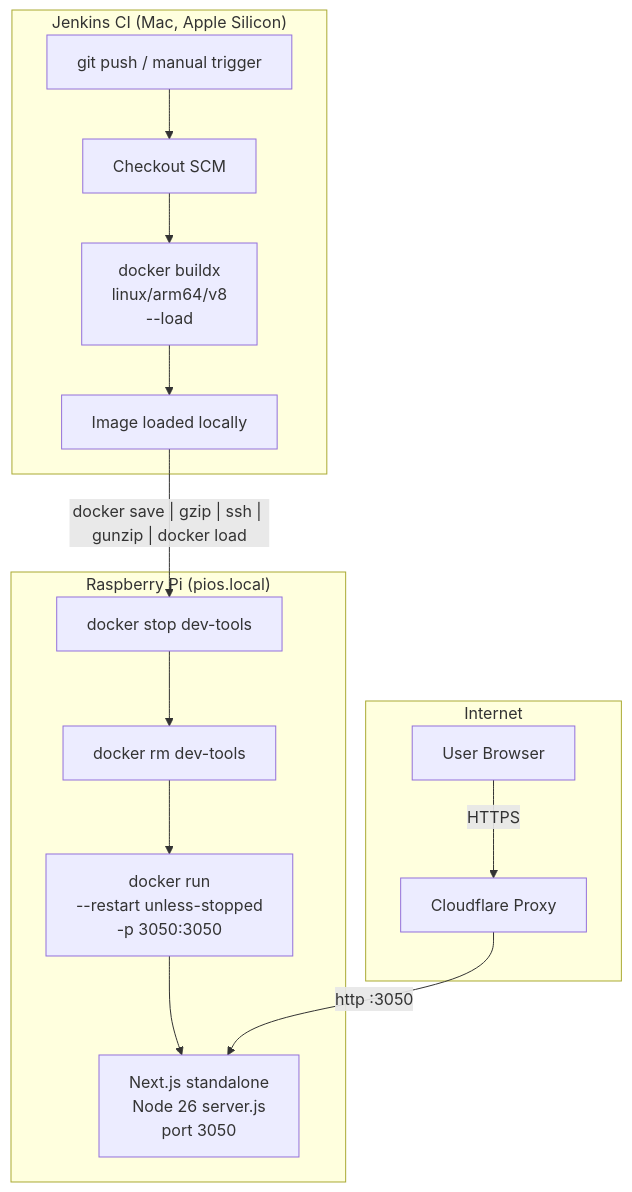
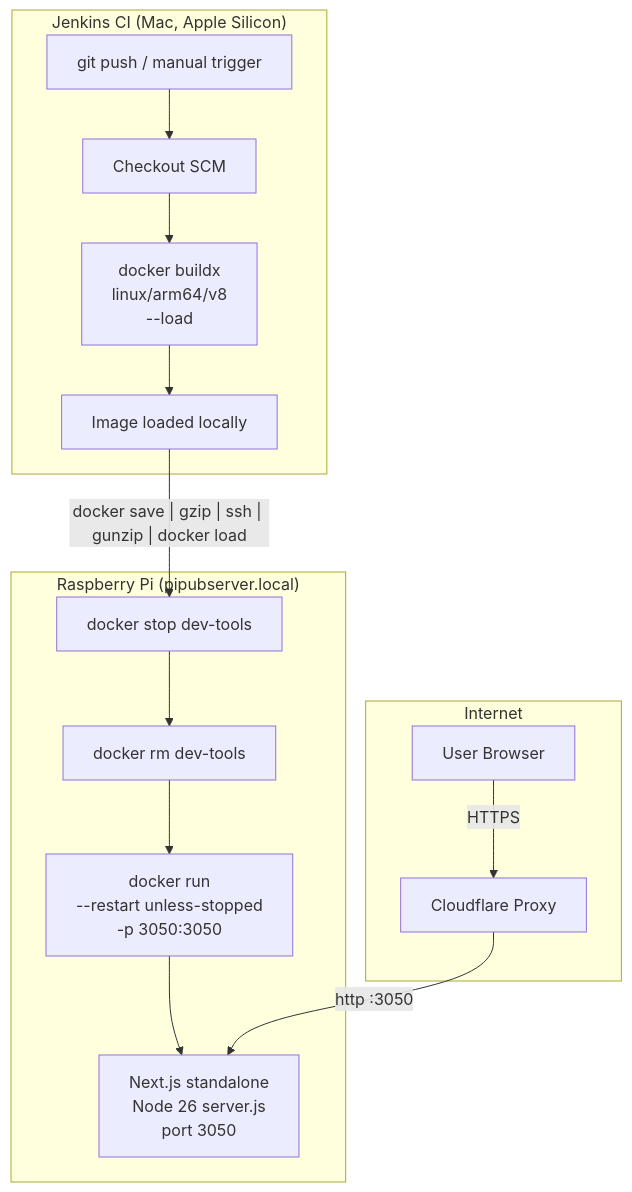
One commit to chandanankush/dev-tools changed the second of 2 diagrams in docs/DEPLOYMENT.md. Above: the diagram before and after it, drawn with Mermaid. The commit also changed other lines of this file and 1 other file, not shown here.

First line of the commit message:
chore(ci): update default deploy host to pipubserver.local

````diff
--- a/docs/DEPLOYMENT.md
+++ b/docs/DEPLOYMENT.md
@@ -134,22 +134,22 @@
 ```mermaid
 flowchart TD
     subgraph CI["Jenkins CI (Mac, Apple Silicon)"]
         A[git push / manual trigger] --> B[Checkout SCM]
         B --> C[docker buildx\nlinux/arm64/v8\n--load]
         C --> F[Image loaded locally]
     end
 
-    subgraph Remote["Raspberry Pi (pios.local)"]
+    subgraph Remote["Raspberry Pi (pipubserver.local)"]
         G[docker stop dev-tools]
         G --> H[docker rm dev-tools]
         H --> I[docker run\n--restart unless-stopped\n-p 3050:3050]
         I --> J[Next.js standalone\nNode 26 server.js\nport 3050]
     end
 
     subgraph Internet
         K[User Browser] -->|HTTPS| L[Cloudflare Proxy]
         L -->|http :3050| J
     end
 
     F -- "docker save | gzip | ssh | gunzip | docker load" --> G
 ```
````
